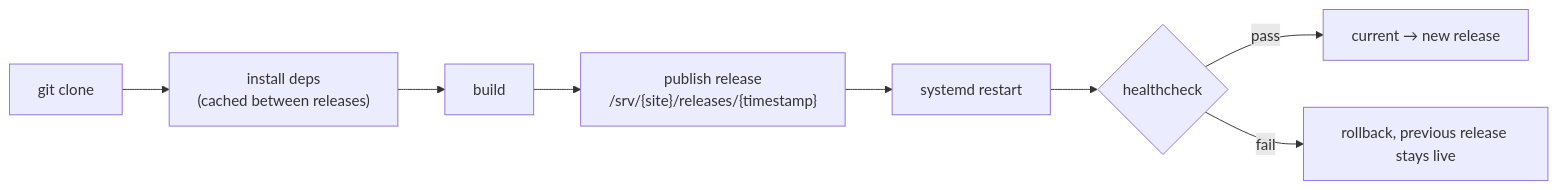
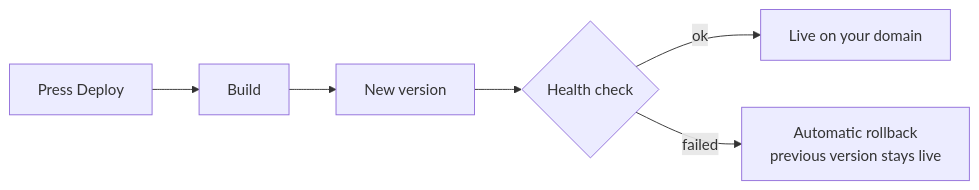
Before and after one commit to ARTFROST1/FreimDeploy: the second of 2 diagrams in README.md, drawn with Mermaid. The commit also changed other lines of this file and 5 other files, not shown here.

````diff
--- a/README.md
+++ b/README.md
@@ -184,10 +199,6 @@
 ```mermaid
 flowchart LR
-    A["git clone"] --> B["install deps<br/>(cached between releases)"]
-    B --> C["build"]
-    C --> D["publish release<br/>/srv/{site}/releases/{timestamp}"]
-    D --> E["systemd restart"]
-    E --> F{"healthcheck"}
-    F -->|pass| G["current → new release"]
-    F -->|fail| H["rollback, previous release stays live"]
+    A["Press Deploy"] --> B["Build"] --> C["New version"] --> D{"Health check"}
+    D -->|ok| E["Live on your domain"]
+    D -->|failed| F["Automatic rollback<br/>previous version stays live"]
 ```
````
